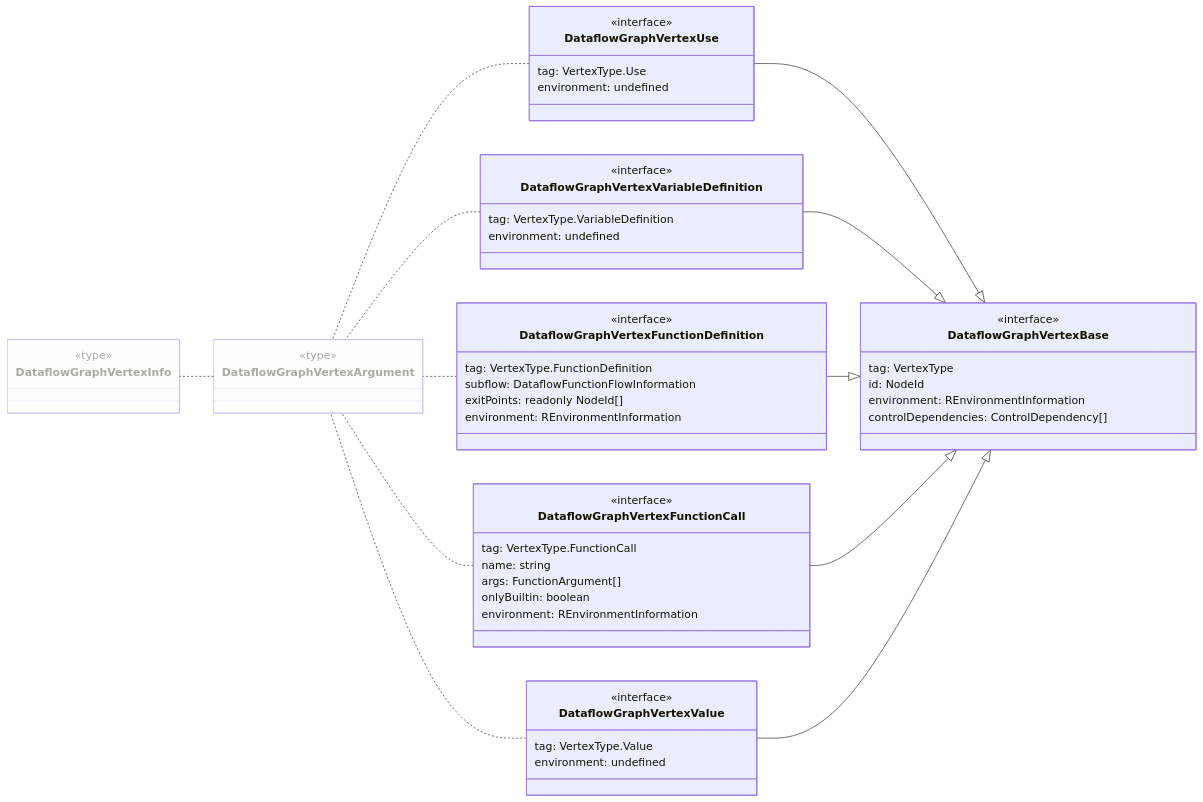
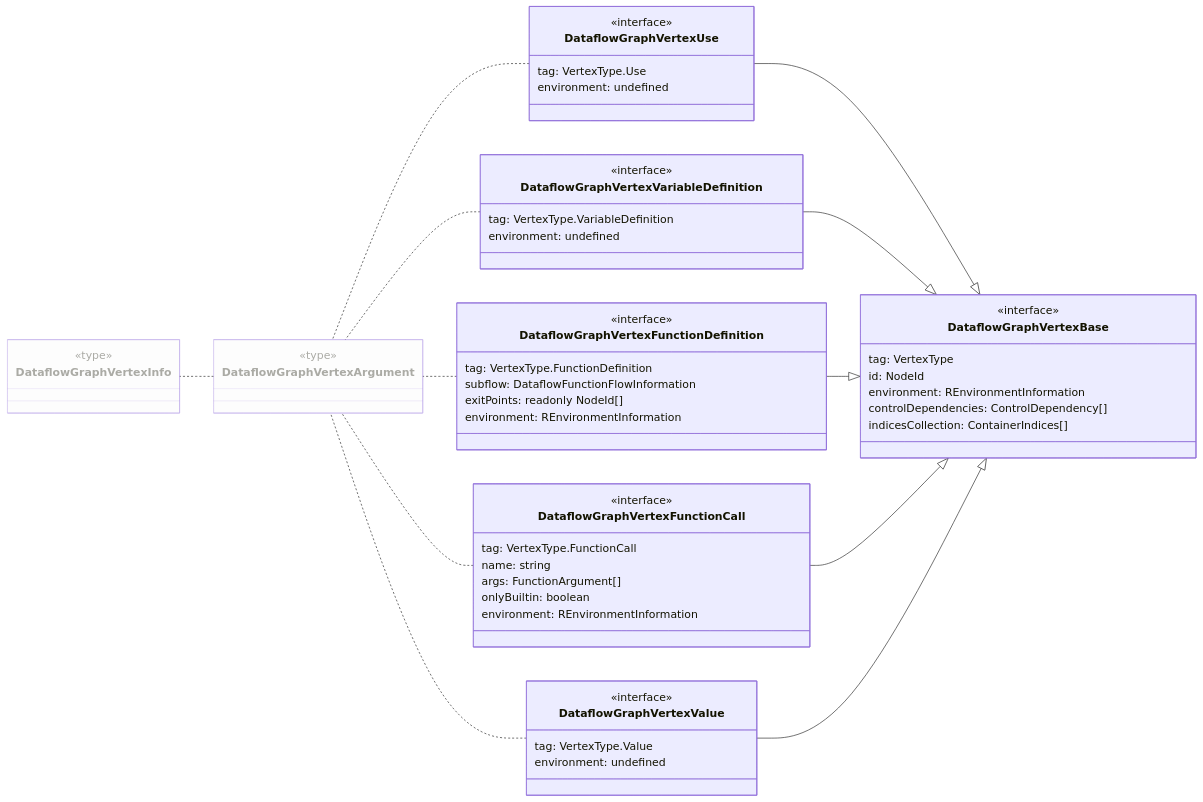
Before and after one commit to flowr-analysis/flowr: the second of 48 diagrams in wiki/Dataflow Graph.md, drawn with Mermaid. The commit also changed other lines of this file and 1 other file, not shown here.

Commit message:
[skip ci] doc: update generated wiki pages (Dataflow Graph,Interface)

````diff
--- a/wiki/Dataflow Graph.md
+++ b/wiki/Dataflow Graph.md
@@ -107,60 +107,61 @@
 ```mermaid
 classDiagram
 direction RL
 class DataflowGraphVertexInfo
     <<type>> DataflowGraphVertexInfo
 style DataflowGraphVertexInfo opacity:.35,fill:#FAFAFA
-click DataflowGraphVertexInfo href "https://github.com/flowr-analysis/flowr/tree/main//src/dataflow/graph/vertex.ts#L147" "This is the union type of all possible vertices that appear within a; #60;code#62;dataflow graph#60;/code#62;; , they can be constructed passing a; #60;code#62;DataflowGraphVertexArgument#60;/code#62;; to the graph.  See; #60;code#62;DataflowGraphVertices#60;/code#62;; for an id#45;based mapping."
+click DataflowGraphVertexInfo href "https://github.com/flowr-analysis/flowr/tree/main//src/dataflow/graph/vertex.ts#L211" "This is the union type of all possible vertices that appear within a; #60;code#62;dataflow graph#60;/code#62;; , they can be constructed passing a; #60;code#62;DataflowGraphVertexArgument#60;/code#62;; to the graph.  See; #60;code#62;DataflowGraphVertices#60;/code#62;; for an id#45;based mapping."
 class DataflowGraphVertexArgument
     <<type>> DataflowGraphVertexArgument
 style DataflowGraphVertexArgument opacity:.35,fill:#FAFAFA
-click DataflowGraphVertexArgument href "https://github.com/flowr-analysis/flowr/tree/main//src/dataflow/graph/vertex.ts#L139" "What is to be passed to construct a vertex in the; #60;code#62;dataflow graph#60;/code#62;"
+click DataflowGraphVertexArgument href "https://github.com/flowr-analysis/flowr/tree/main//src/dataflow/graph/vertex.ts#L203" "What is to be passed to construct a vertex in the; #60;code#62;dataflow graph#60;/code#62;"
 class DataflowGraphVertexUse
     <<interface>> DataflowGraphVertexUse
     DataflowGraphVertexUse : tag#58; VertexType.Use
     DataflowGraphVertexUse : environment#58; undefined
-click DataflowGraphVertexUse href "https://github.com/flowr-analysis/flowr/tree/main//src/dataflow/graph/vertex.ts#L76" "Arguments required to construct a vertex which represents the usage of a variable in the; #60;code#62;dataflow graph#60;/code#62;; ."
+click DataflowGraphVertexUse href "https://github.com/flowr-analysis/flowr/tree/main//src/dataflow/graph/vertex.ts#L140" "Arguments required to construct a vertex which represents the usage of a variable in the; #60;code#62;dataflow graph#60;/code#62;; ."
 class DataflowGraphVertexBase
     <<interface>> DataflowGraphVertexBase
     DataflowGraphVertexBase : tag#58; VertexType
     DataflowGraphVertexBase : id#58; NodeId
     DataflowGraphVertexBase : environment#58; REnvironmentInformation
     DataflowGraphVertexBase : controlDependencies#58; ControlDependency#91;#93;
-click DataflowGraphVertexBase href "https://github.com/flowr-analysis/flowr/tree/main//src/dataflow/graph/vertex.ts#L23" "Arguments required to construct a vertex in the; #60;code#62;dataflow graph#60;/code#62;; ."
+    DataflowGraphVertexBase : indicesCollection#58; ContainerIndices#91;#93;
+click DataflowGraphVertexBase href "https://github.com/flowr-analysis/flowr/tree/main//src/dataflow/graph/vertex.ts#L83" "Arguments required to construct a vertex in the; #60;code#62;dataflow graph#60;/code#62;; ."
 class DataflowGraphVertexVariableDefinition
     <<interface>> DataflowGraphVertexVariableDefinition
     DataflowGraphVertexVariableDefinition : tag#58; VertexType.VariableDefinition
     DataflowGraphVertexVariableDefinition : environment#58; undefined
-click DataflowGraphVertexVariableDefinition href "https://github.com/flowr-analysis/flowr/tree/main//src/dataflow/graph/vertex.ts#L109" "Arguments required to construct a vertex which represents the definition of a variable in the; #60;code#62;dataflow graph#60;/code#62;; ."
+click DataflowGraphVertexVariableDefinition href "https://github.com/flowr-analysis/flowr/tree/main//src/dataflow/graph/vertex.ts#L173" "Arguments required to construct a vertex which represents the definition of a variable in the; #60;code#62;dataflow graph#60;/code#62;; ."
 class DataflowGraphVertexFunctionDefinition
     <<interface>> DataflowGraphVertexFunctionDefinition
     DataflowGraphVertexFunctionDefinition : tag#58; VertexType.FunctionDefinition
     DataflowGraphVertexFunctionDefinition : subflow#58; DataflowFunctionFlowInformation
     DataflowGraphVertexFunctionDefinition : exitPoints#58; readonly NodeId#91;#93;
     DataflowGraphVertexFunctionDefinition : environment#58; REnvironmentInformation
-click DataflowGraphVertexFunctionDefinition href "https://github.com/flowr-analysis/flowr/tree/main//src/dataflow/graph/vertex.ts#L120" "Arguments required to construct a vertex which represents the definition of a function in the; #60;code#62;dataflow graph#60;/code#62;; ."
+click DataflowGraphVertexFunctionDefinition href "https://github.com/flowr-analysis/flowr/tree/main//src/dataflow/graph/vertex.ts#L184" "Arguments required to construct a vertex which represents the definition of a function in the; #60;code#62;dataflow graph#60;/code#62;; ."
 class DataflowGraphVertexFunctionCall
     <<interface>> DataflowGraphVertexFunctionCall
     DataflowGraphVertexFunctionCall : tag#58; VertexType.FunctionCall
     DataflowGraphVertexFunctionCall : name#58; string
     DataflowGraphVertexFunctionCall : args#58; FunctionArgument#91;#93;
     DataflowGraphVertexFunctionCall : onlyBuiltin#58; boolean
     DataflowGraphVertexFunctionCall : environment#58; REnvironmentInformation
-click DataflowGraphVertexFunctionCall href "https://github.com/flowr-analysis/flowr/tree/main//src/dataflow/graph/vertex.ts#L87" "Arguments required to construct a vertex which represents the usage of a variable in the; #60;code#62;dataflow graph#60;/code#62;; ."
+click DataflowGraphVertexFunctionCall href "https://github.com/flowr-analysis/flowr/tree/main//src/dataflow/graph/vertex.ts#L151" "Arguments required to construct a vertex which represents the usage of a variable in the; #60;code#62;dataflow graph#60;/code#62;; ."
 class DataflowGraphVertexValue
     <<interface>> DataflowGraphVertexValue
     DataflowGraphVertexValue : tag#58; VertexType.Value
     DataflowGraphVertexValue : environment#58; undefined
-click DataflowGraphVertexValue href "https://github.com/flowr-analysis/flowr/tree/main//src/dataflow/graph/vertex.ts#L66" "Marker vertex for a value in the dataflow of the program. This does not contain the #95;value#95; of the referenced constant as this is available with the; #60;code#62;id#60;/code#62;; in the; #60;code#62;normalized AST#60;/code#62;; (or more specifically the; #60;code#62;AstIdMap#60;/code#62;; ).  If you have a; #60;code#62;dataflow graph#60;/code#62;; named #96;graph#96; with an; #60;code#62;AstIdMap#60;/code#62;; and a value vertex object with name #96;value#96; the following Code should work#58;"
+click DataflowGraphVertexValue href "https://github.com/flowr-analysis/flowr/tree/main//src/dataflow/graph/vertex.ts#L130" "Marker vertex for a value in the dataflow of the program. This does not contain the #95;value#95; of the referenced constant as this is available with the; #60;code#62;id#60;/code#62;; in the; #60;code#62;normalized AST#60;/code#62;; (or more specifically the; #60;code#62;AstIdMap#60;/code#62;; ).  If you have a; #60;code#62;dataflow graph#60;/code#62;; named #96;graph#96; with an; #60;code#62;AstIdMap#60;/code#62;; and a value vertex object with name #96;value#96; the following Code should work#58;"
 DataflowGraphVertexArgument .. DataflowGraphVertexInfo
 DataflowGraphVertexUse .. DataflowGraphVertexArgument
 DataflowGraphVertexBase <|-- DataflowGraphVertexUse
 DataflowGraphVertexVariableDefinition .. DataflowGraphVertexArgument
 DataflowGraphVertexBase <|-- DataflowGraphVertexVariableDefinition
 DataflowGraphVertexFunctionDefinition .. DataflowGraphVertexArgument
 DataflowGraphVertexBase <|-- DataflowGraphVertexFunctionDefinition
 DataflowGraphVertexFunctionCall .. DataflowGraphVertexArgument
 DataflowGraphVertexBase <|-- DataflowGraphVertexFunctionCall
 DataflowGraphVertexValue .. DataflowGraphVertexArgument
 DataflowGraphVertexBase <|-- DataflowGraphVertexValue
 ```
````
